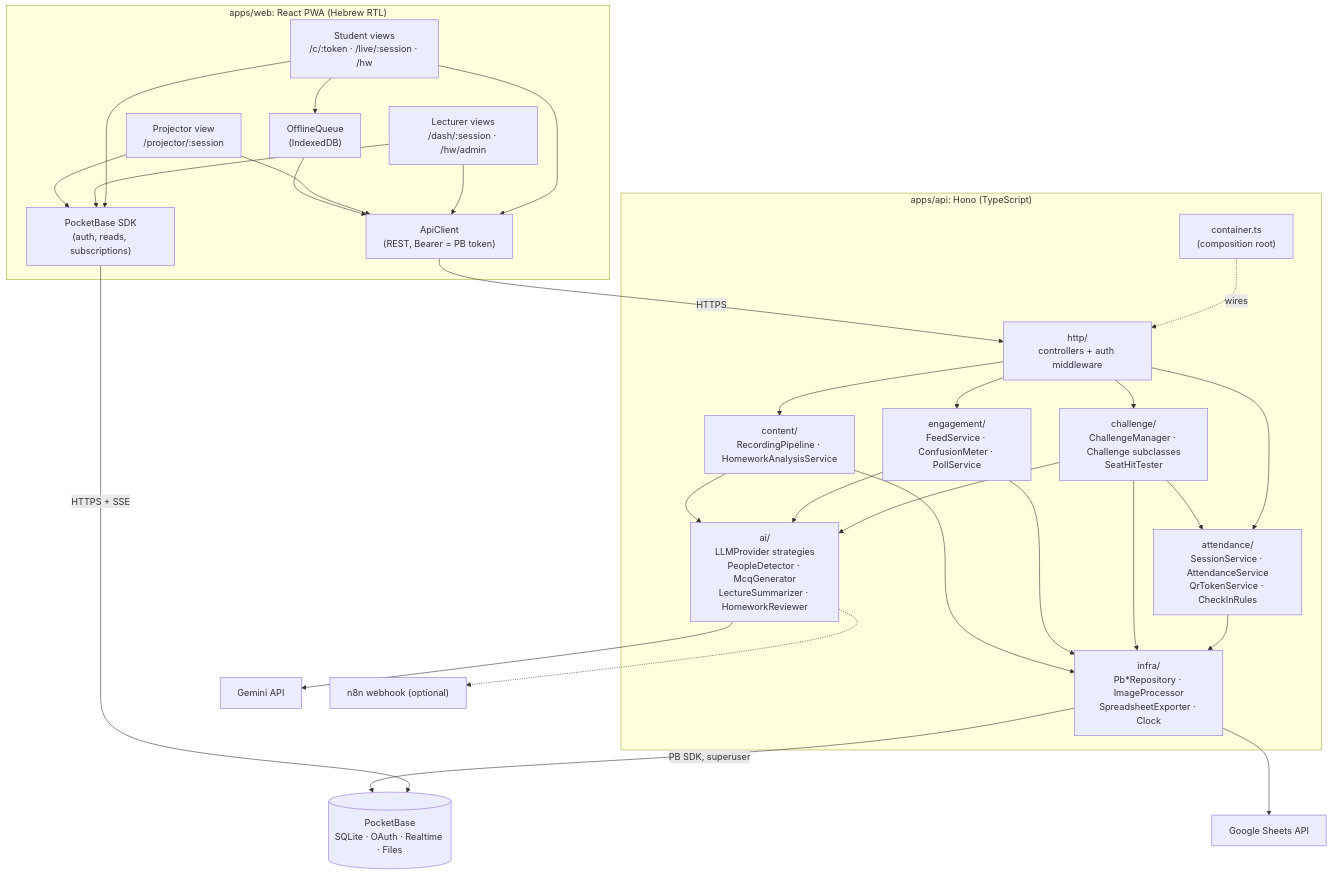
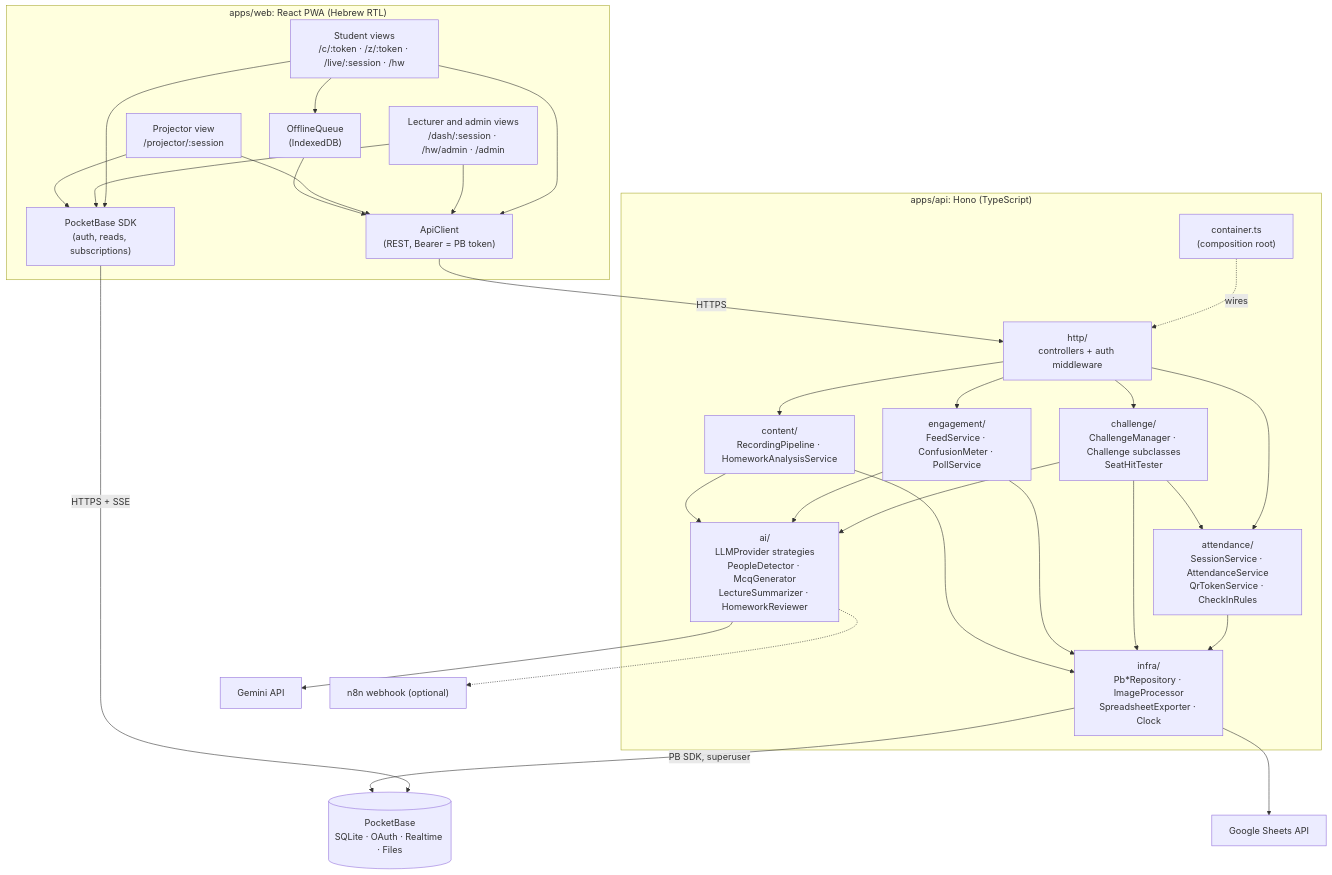
Before and after one commit to GiladApel/classpulse: the diagram in docs/05-components.md, drawn with Mermaid. The commit also changed 48 other files, not shown here.

First line of the commit message:
Admin page, lecturer-created courses, Zoom attendance

````diff
--- a/docs/05-components.md
+++ b/docs/05-components.md
@@ -5,42 +5,42 @@
 ```mermaid
 flowchart TB
   subgraph Client["apps/web: React PWA (Hebrew RTL)"]
-    SV["Student views<br/>/c/:token · /live/:session · /hw"]
-    LV["Lecturer views<br/>/dash/:session · /hw/admin"]
+    SV["Student views<br/>/c/:token · /z/:token · /live/:session · /hw"]
+    LV["Lecturer and admin views<br/>/dash/:session · /hw/admin · /admin"]
     PV["Projector view<br/>/projector/:session"]
     APIC["ApiClient<br/>(REST, Bearer = PB token)"]
     PBC["PocketBase SDK<br/>(auth, reads, subscriptions)"]
     OQ["OfflineQueue<br/>(IndexedDB)"]
     SV & LV & PV --> APIC
     SV & LV & PV --> PBC
     SV --> OQ --> APIC
   end
 
   subgraph API["apps/api: Hono (TypeScript)"]
     HTTP["http/<br/>controllers + auth middleware"]
     ATT["attendance/<br/>SessionService · AttendanceService<br/>QrTokenService · CheckInRules"]
     CH["challenge/<br/>ChallengeManager · Challenge subclasses<br/>SeatHitTester"]
     ENG["engagement/<br/>FeedService · ConfusionMeter · PollService"]
     CON["content/<br/>RecordingPipeline · HomeworkAnalysisService"]
     AI["ai/<br/>LLMProvider strategies<br/>PeopleDetector · McqGenerator<br/>LectureSummarizer · HomeworkReviewer"]
     INF["infra/<br/>Pb*Repository · ImageProcessor<br/>SpreadsheetExporter · Clock"]
     ROOT["container.ts<br/>(composition root)"]
     HTTP --> ATT & CH & ENG & CON
     CH --> ATT
     CH & ENG & CON --> AI
     ATT & CH & ENG & CON --> INF
     ROOT -.wires.-> HTTP
   end
 
   PB[("PocketBase<br/>SQLite · OAuth · Realtime · Files")]
   GEM["Gemini API"]
   N8N["n8n webhook (optional)"]
   GS["Google Sheets API"]
 
   APIC -->|HTTPS| HTTP
   PBC -->|HTTPS + SSE| PB
   INF -->|PB SDK, superuser| PB
   AI --> GEM
   AI -.-> N8N
   INF --> GS
 ```
````
